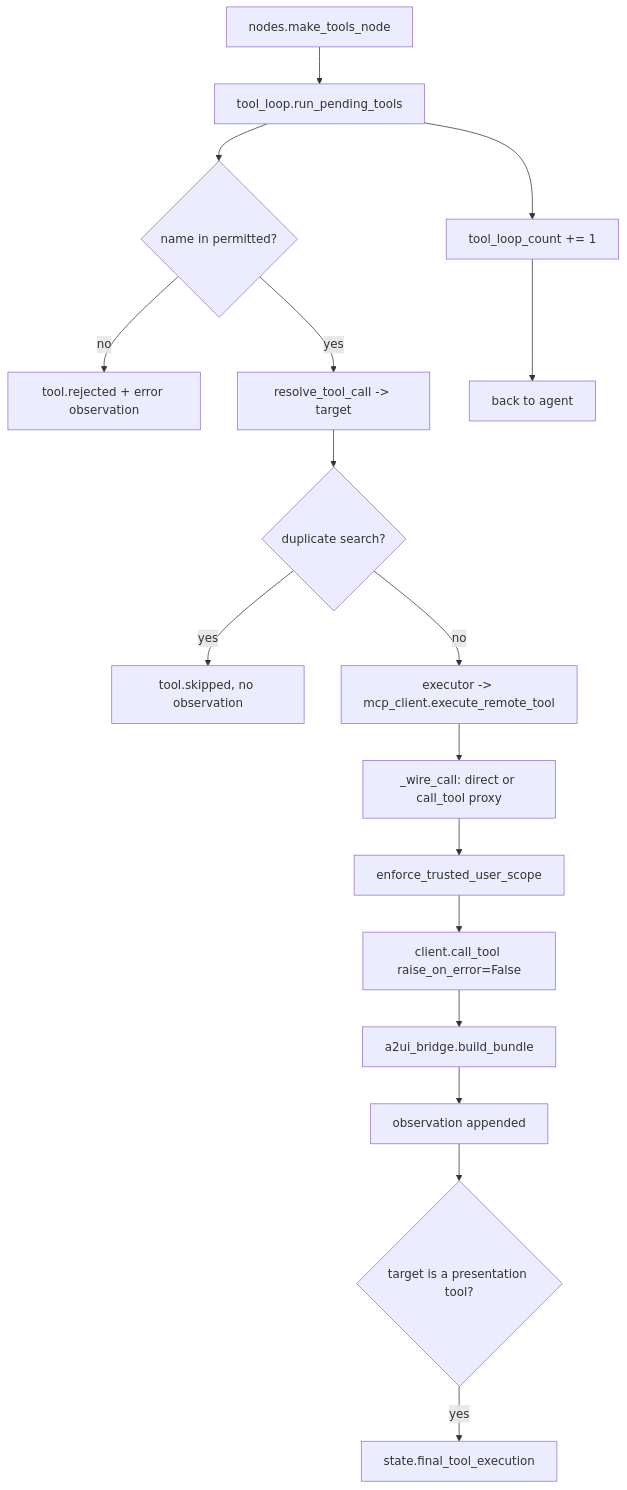
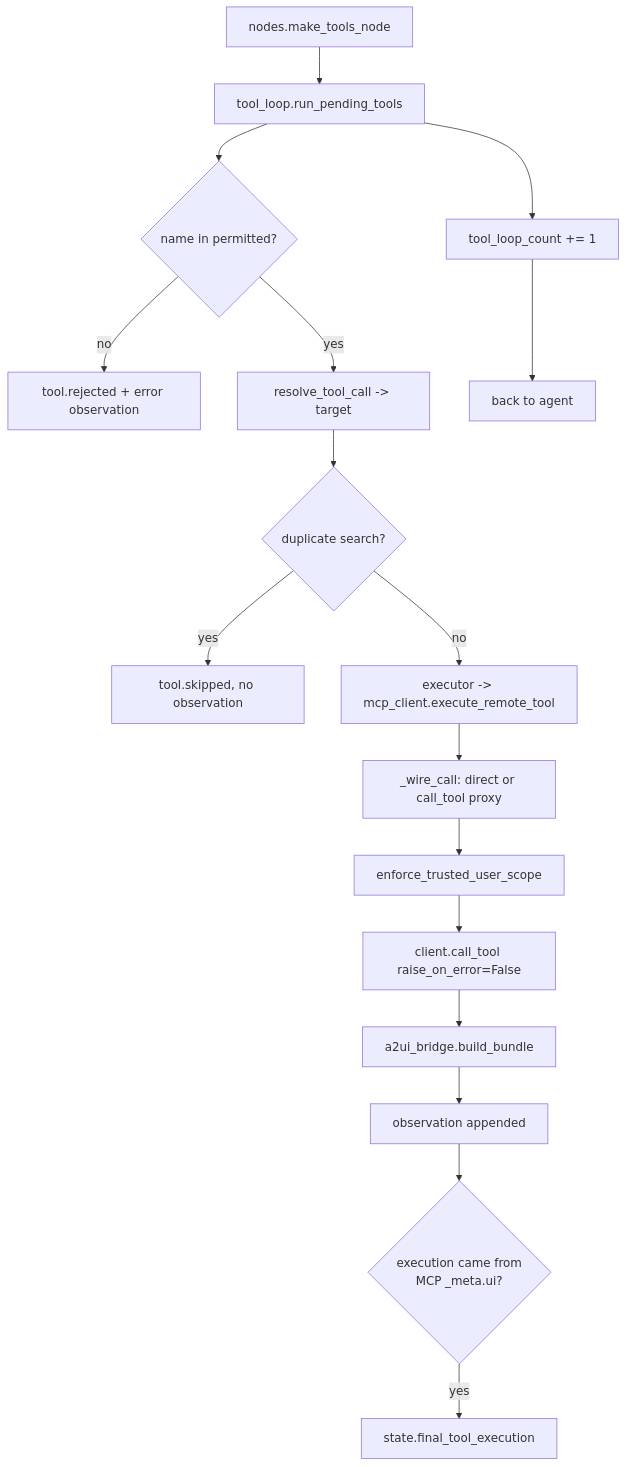
One commit to JpAboytes/hackmty2026-agent changed the fourth of 9 diagrams in docs/FLOWS.md. Above: the diagram before and after it, drawn with Mermaid. The commit also changed other lines of this file and 20 other files, not shown here.

````diff
--- a/docs/FLOWS.md
+++ b/docs/FLOWS.md
@@ -124,18 +126,18 @@
 ```mermaid
 flowchart TD
   A[nodes.make_tools_node] --> B[tool_loop.run_pending_tools]
   B --> C{name in permitted?}
   C -->|no| D[tool.rejected + error observation]
   C -->|yes| E[resolve_tool_call -> target]
   E --> F{duplicate search?}
   F -->|yes| G[tool.skipped, no observation]
   F -->|no| H[executor -> mcp_client.execute_remote_tool]
   H --> I[_wire_call: direct or call_tool proxy]
   I --> J[enforce_trusted_user_scope]
   J --> K[client.call_tool raise_on_error=False]
   K --> L[a2ui_bridge.build_bundle]
   L --> M[observation appended]
-  M --> N{target is a presentation tool?}
+  M --> N{execution came from<br/>MCP _meta.ui?}
   N -->|yes| O[state.final_tool_execution]
   B --> P[tool_loop_count += 1] --> Q[back to agent]
 ```
````
